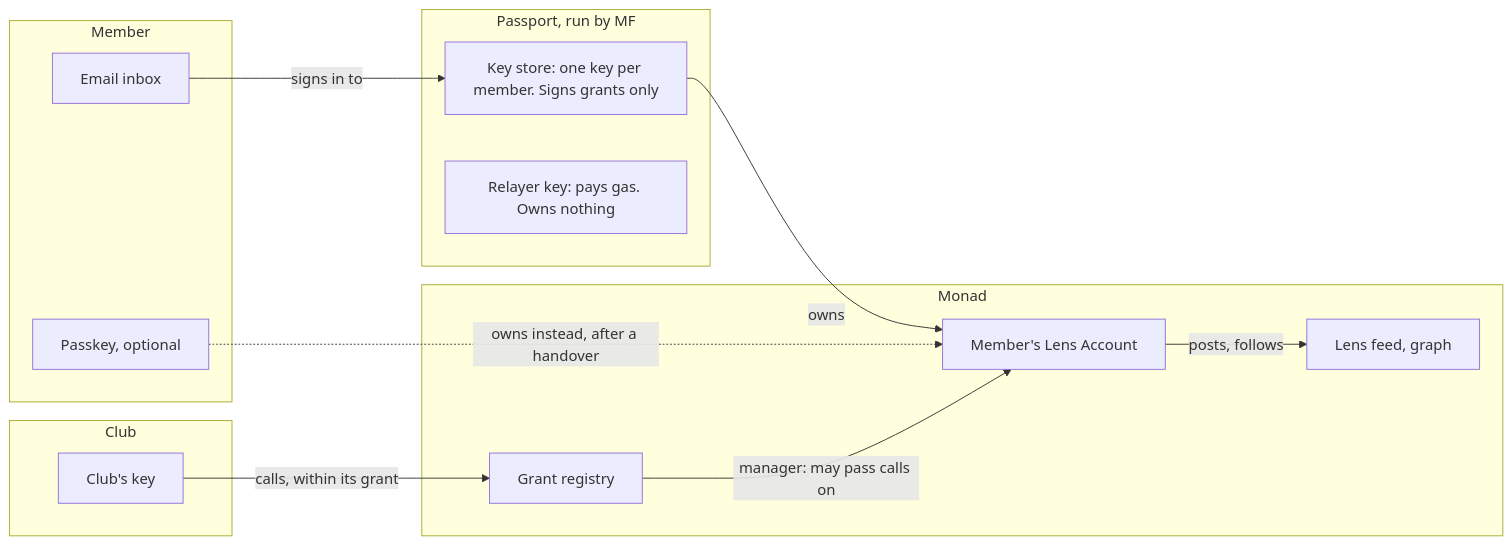
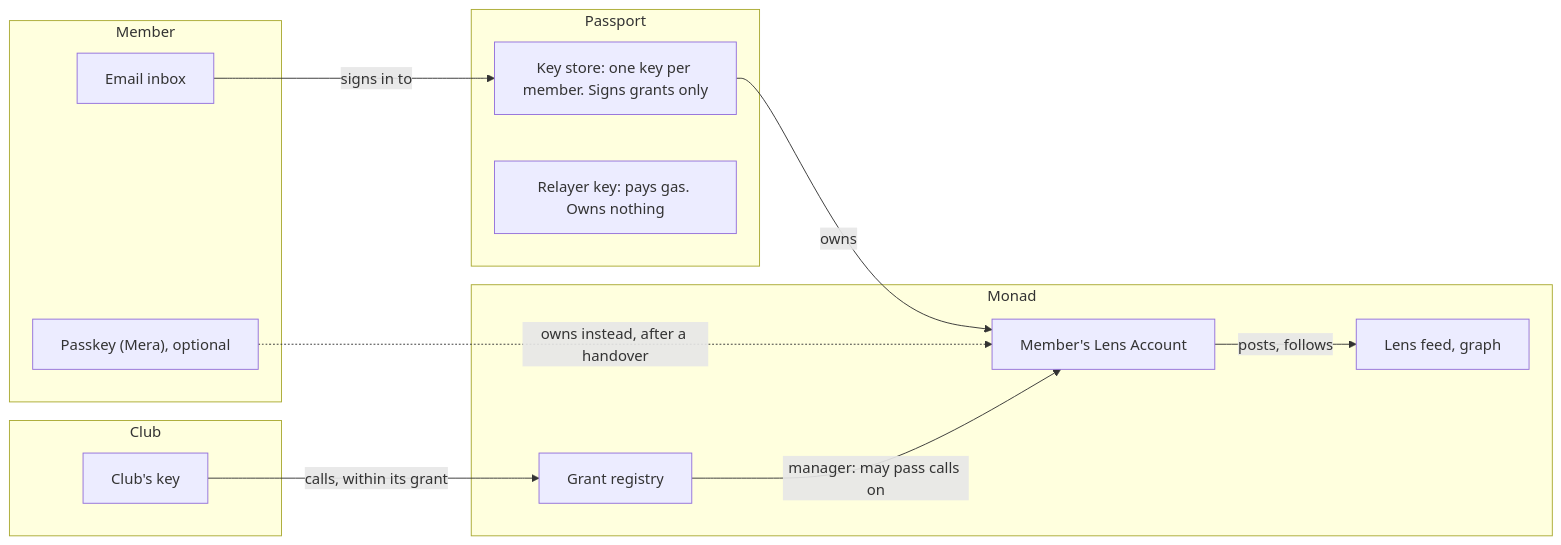
The diagram in docs/design.md (bensprks/community-passport), drawn with Mermaid before and after one commit. The commit also changed other lines of this file and 5 other files, not shown here.

````diff
--- a/docs/design.md
+++ b/docs/design.md
@@ -23,25 +21,25 @@
 ```mermaid
 flowchart LR
     subgraph member [Member]
         inbox[Email inbox]
-        passkey[Passkey, optional]
+        passkey["Passkey (Mera), optional"]
     end
-    subgraph passport [Passport, run by MF]
+    subgraph passport [Passport]
         keystore[Key store: one key per member. Signs grants only]
         relayer[Relayer key: pays gas. Owns nothing]
     end
     subgraph club [Club]
         clubkey[Club's key]
     end
     subgraph monad [Monad]
         registry[Grant registry]
         account[Member's Lens Account]
         lens[Lens feed, graph]
     end
     inbox -- signs in to --> keystore
     keystore -- owns --> account
     passkey -. owns instead, after a handover .-> account
     registry -- manager: may pass calls on --> account
     clubkey -- calls, within its grant --> registry
     account -- posts, follows --> lens
 ```
````
